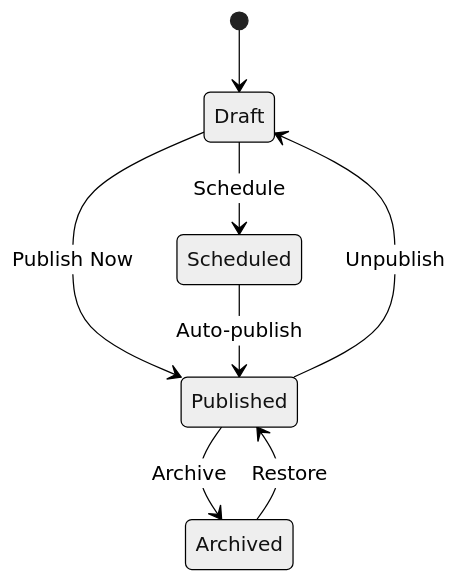
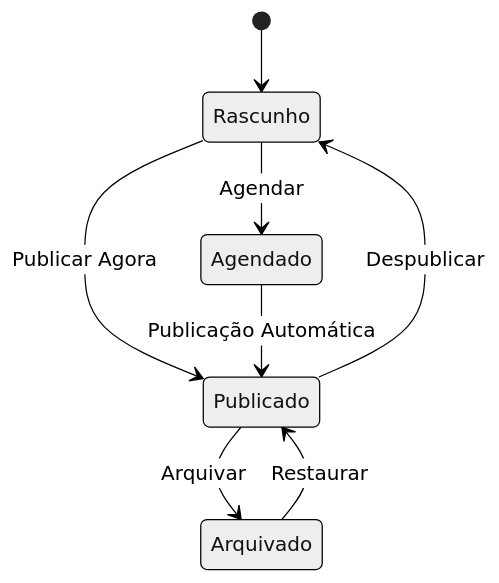
One commit to gumiranda/crazynator changed the second of 2 diagrams in specs/ai-code-blog/design.md. Above: the diagram before and after it, drawn with Mermaid (neutral theme). The commit also changed other lines of this file and 9 other files, not shown here.

````diff
--- a/specs/ai-code-blog/design.md
+++ b/specs/ai-code-blog/design.md
@@ -280,10 +280,10 @@
 ```mermaid
 stateDiagram-v2
-    [*] --> Draft
-    Draft --> Published : Publish Now
-    Draft --> Scheduled : Schedule
-    Scheduled --> Published : Auto-publish
-    Published --> Archived : Archive
-    Archived --> Published : Restore
-    Published --> Draft : Unpublish
+    [*] --> Rascunho
+    Rascunho --> Publicado : Publicar Agora
+    Rascunho --> Agendado : Agendar
+    Agendado --> Publicado : Publicação Automática
+    Publicado --> Arquivado : Arquivar
+    Arquivado --> Publicado : Restaurar
+    Publicado --> Rascunho : Despublicar
 ```
````
